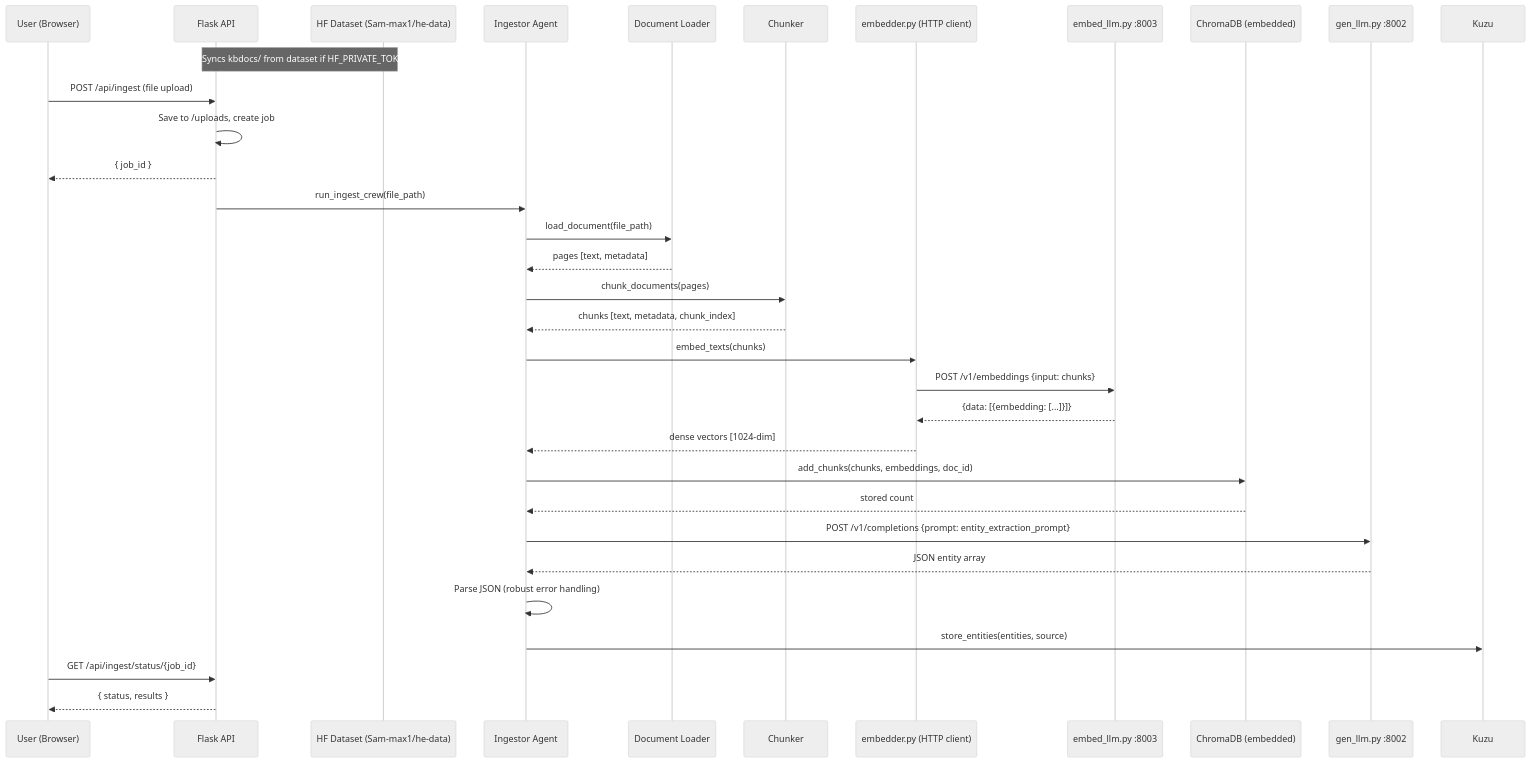
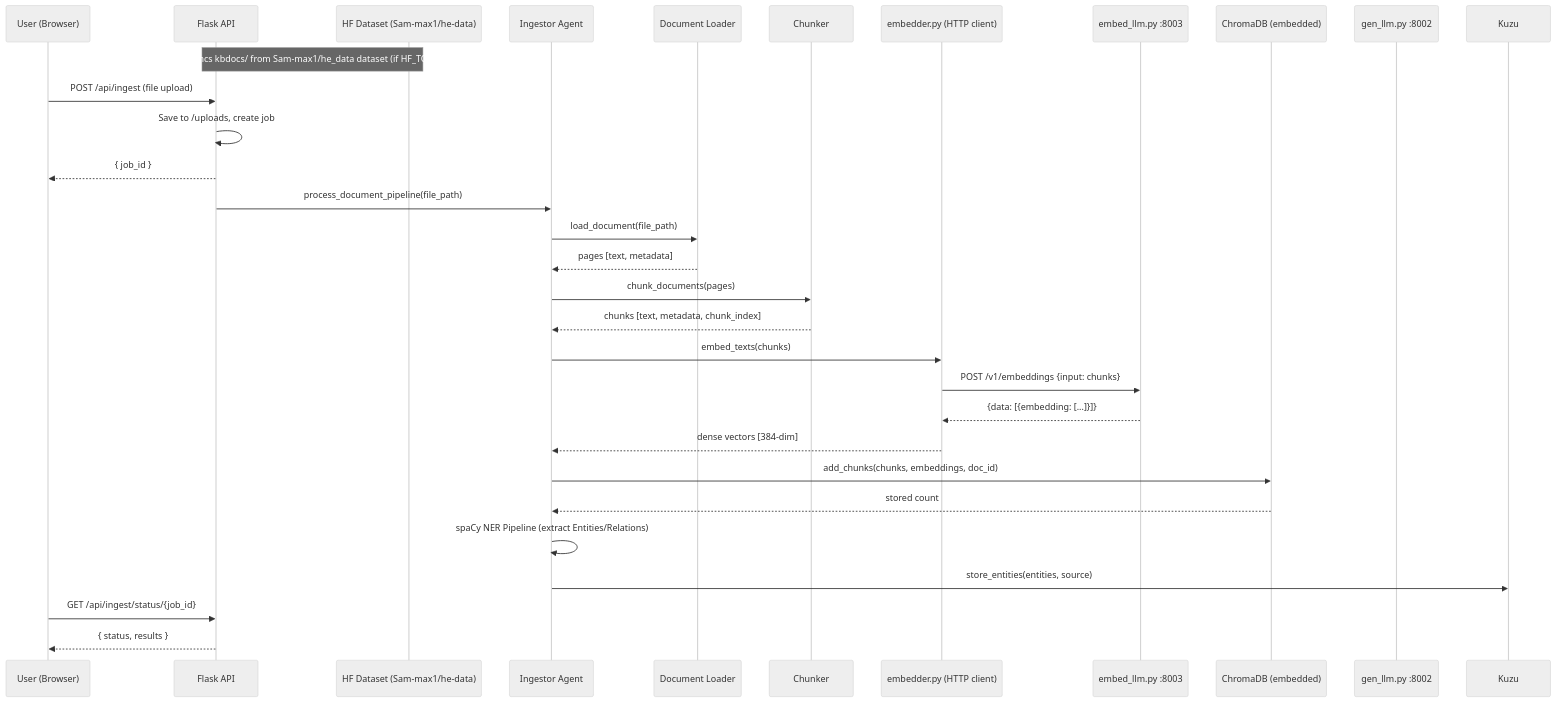
The second of 3 diagrams in HEALTHEXPERT_ARCHITECTURE_DESIGN.md (Sam-max1/healthexpert), drawn with Mermaid (neutral theme) before and after one commit. The commit also changed other lines of this file and 10 other files, not shown here.

````diff
--- a/HEALTHEXPERT_ARCHITECTURE_DESIGN.md
+++ b/HEALTHEXPERT_ARCHITECTURE_DESIGN.md
@@ -69,36 +69,34 @@
 ```mermaid
 sequenceDiagram
     participant U as User (Browser)
     participant F as Flask API
     participant HF as HF Dataset (Sam-max1/he-data)
     participant IA as Ingestor Agent
     participant DL as Document Loader
     participant CH as Chunker
     participant EM as embedder.py (HTTP client)
     participant ES as embed_llm.py :8003
     participant VDB as ChromaDB (embedded)
     participant GS as gen_llm.py :8002
     participant GDB as Kuzu
 
-    Note over F,HF: Startup: Syncs kbdocs/ from dataset if HF_PRIVATE_TOKEN is set
+    Note over F,HF: Startup: Syncs kbdocs/ from Sam-max1/he_data dataset (if HF_TOKEN is set)
     U->>F: POST /api/ingest (file upload)
     F->>F: Save to /uploads, create job
     F-->>U: { job_id }
-    F->>IA: run_ingest_crew(file_path)
+    F->>IA: process_document_pipeline(file_path)
     IA->>DL: load_document(file_path)
     DL-->>IA: pages [text, metadata]
     IA->>CH: chunk_documents(pages)
     CH-->>IA: chunks [text, metadata, chunk_index]
     IA->>EM: embed_texts(chunks)
     EM->>ES: POST /v1/embeddings {input: chunks}
     ES-->>EM: {data: [{embedding: [...]}]}
-    EM-->>IA: dense vectors [1024-dim]
+    EM-->>IA: dense vectors [384-dim]
     IA->>VDB: add_chunks(chunks, embeddings, doc_id)
     VDB-->>IA: stored count
-    IA->>GS: POST /v1/completions {prompt: entity_extraction_prompt}
-    GS-->>IA: JSON entity array
-    IA->>IA: Parse JSON (robust error handling)
+    IA->>IA: spaCy NER Pipeline (extract Entities/Relations)
     IA->>GDB: store_entities(entities, source)
     U->>F: GET /api/ingest/status/{job_id}
     F-->>U: { status, results }
 ```
````
